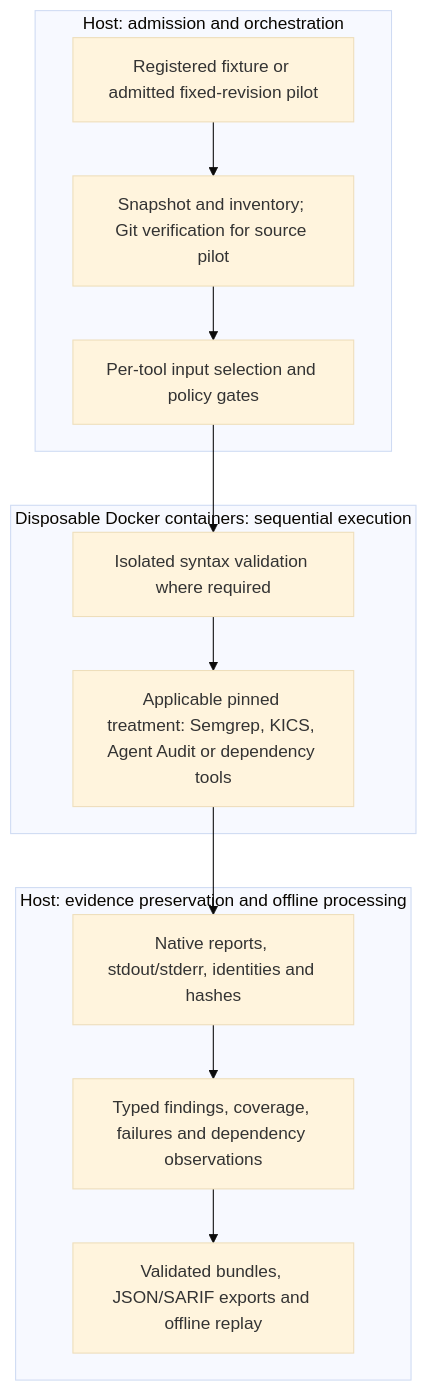
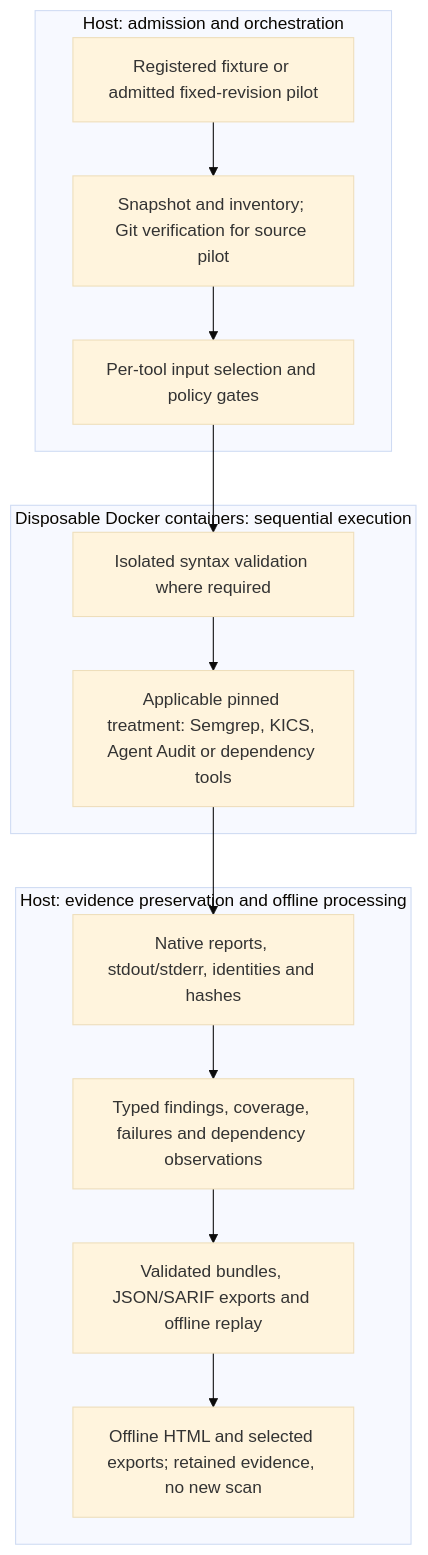
The diagram in README.md (MuminjonGuru/Project-Sonic), drawn with Mermaid (base theme) before and after one commit. The commit also changed other lines of this file and 95 other files, not shown here.

Commit message:
Complete benchmark scoring, bounded repository intake and offline HTML reporting

````diff
--- a/README.md
+++ b/README.md
@@ -9,16 +24,17 @@
 ```mermaid
 flowchart TD
     subgraph intake["Host: admission and orchestration"]
         A["Registered fixture or admitted fixed-revision pilot"] --> B["Snapshot and inventory; Git verification for source pilot"]
         B --> C["Per-tool input selection and policy gates"]
     end
     subgraph containers["Disposable Docker containers: sequential execution"]
         V["Isolated syntax validation where required"] --> S["Applicable pinned treatment: Semgrep, KICS, Agent Audit or dependency tools"]
     end
     subgraph evidence["Host: evidence preservation and offline processing"]
         R["Native reports, stdout/stderr, identities and hashes"] --> N["Typed findings, coverage, failures and dependency observations"]
         N --> E["Validated bundles, JSON/SARIF exports and offline replay"]
+        E --> H["Offline HTML and selected exports; retained evidence, no new scan"]
     end
     C --> V
     S --> R
 ```
````
